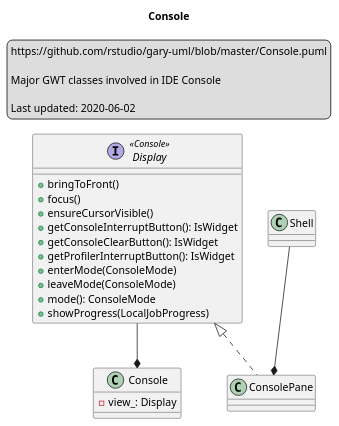
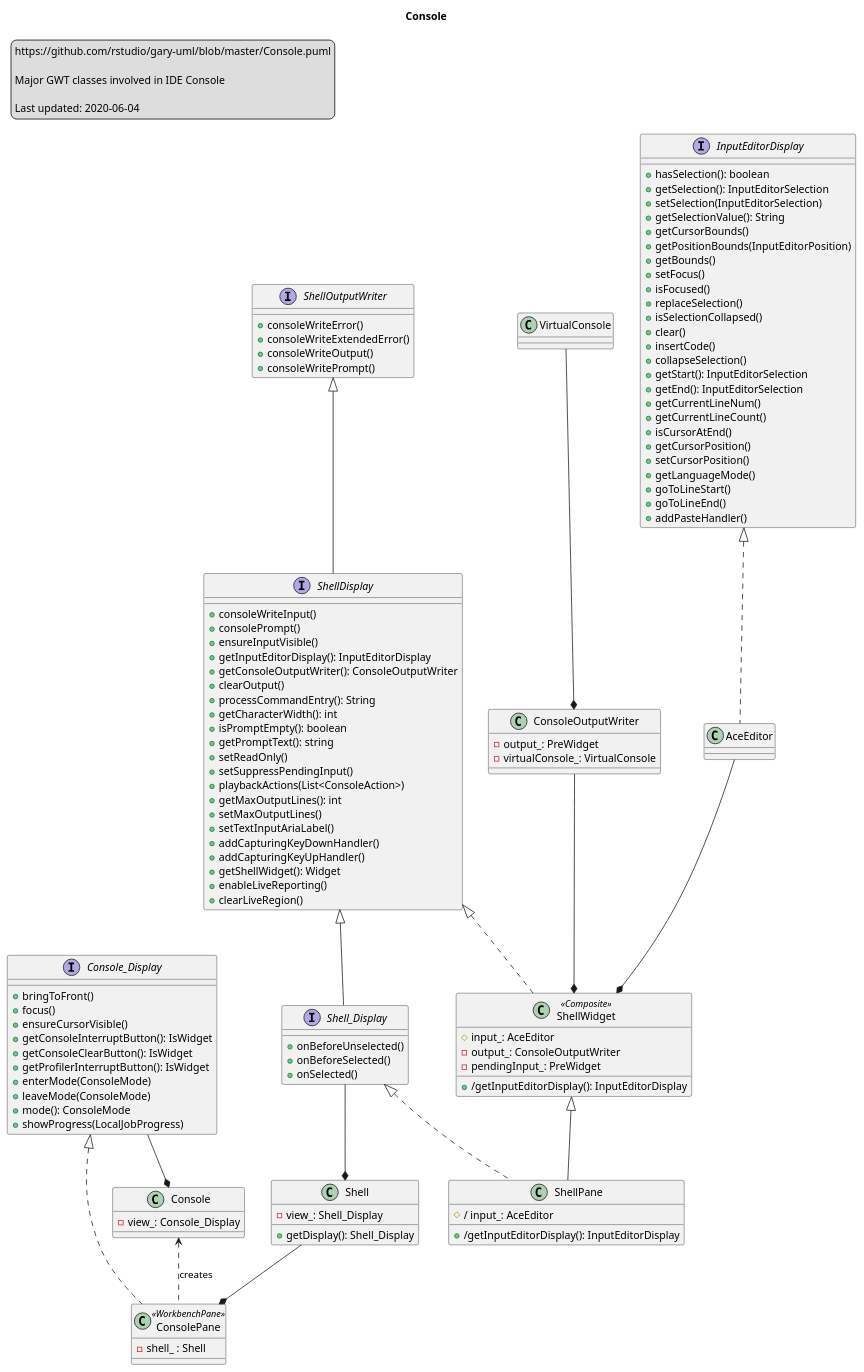
One commit to isabella232/gary-uml changed the diagram in Console.puml. Above: the diagram before and after it, drawn with PlantUML. The commit also changed 6 other files, not shown here.

```diff
--- a/Console.puml
+++ b/Console.puml
@@ -1,36 +1,145 @@
 @startuml
 title Console
 
 legend top left
 https://github.com/rstudio/gary-uml/blob/master/Console.puml
 
 Major GWT classes involved in IDE Console
 
-Last updated: 2020-06-02
+Last updated: 2020-06-04
 endlegend
 
-interface Display <<Console>> {
+interface Console_Display {
     + bringToFront()
     + focus()
     + ensureCursorVisible()
     + getConsoleInterruptButton(): IsWidget
     + getConsoleClearButton(): IsWidget
     + getProfilerInterruptButton(): IsWidget
     + enterMode(ConsoleMode)
     + leaveMode(ConsoleMode)
     + mode(): ConsoleMode
     + showProgress(LocalJobProgress)
 }
 
-class Console {
-    - view_: Display
+interface ShellOutputWriter {
+    + consoleWriteError()
+    + consoleWriteExtendedError()
+    + consoleWriteOutput()
+    + consoleWritePrompt()
 }
 
-class ConsolePane
-Display <|.. ConsolePane
-class Shell
+interface InputEditorDisplay {
+   + hasSelection(): boolean
+   + getSelection(): InputEditorSelection
+   + setSelection(InputEditorSelection)
+   + getSelectionValue(): String
+   + getCursorBounds()
+   + getPositionBounds(InputEditorPosition)
+   + getBounds()
+   + setFocus()
+   + isFocused()
+   + replaceSelection()
+   + isSelectionCollapsed()
+   + clear()
+   + insertCode()
+   + collapseSelection()
+   + getStart(): InputEditorSelection
+   + getEnd(): InputEditorSelection
+   + getCurrentLineNum()
+   + getCurrentLineCount()
+   + isCursorAtEnd()
+   + getCursorPosition()
+   + setCursorPosition()
+   + getLanguageMode()
+   + goToLineStart()
+   + goToLineEnd()
+   + addPasteHandler()
+}
+
+class VirtualConsole {
+}
+
+class ConsoleOutputWriter {
+   - output_: PreWidget
+   - virtualConsole_: VirtualConsole
+}
+VirtualConsole --* ConsoleOutputWriter
+
+interface ShellDisplay {
+   + consoleWriteInput()
+   + consolePrompt()
+   + ensureInputVisible()
+   + getInputEditorDisplay(): InputEditorDisplay
+   + getConsoleOutputWriter(): ConsoleOutputWriter
+   + clearOutput()
+   + processCommandEntry(): String
+   + getCharacterWidth(): int
+   + isPromptEmpty(): boolean
+   + getPromptText(): string
+   + setReadOnly()
+   + setSuppressPendingInput()
+   + playbackActions(List<ConsoleAction>)
+   + getMaxOutputLines(): int
+   + setMaxOutputLines()
+   + setTextInputAriaLabel()
+   + addCapturingKeyDownHandler()
+   + addCapturingKeyUpHandler()
+   + getShellWidget(): Widget
+   + enableLiveReporting()
+   + clearLiveRegion()
+}
+
+ShellOutputWriter <|-- ShellDisplay
+
+class Console {
+    - view_: Console_Display
+}
+
+class ConsolePane << WorkbenchPane >> {
+    - shell_ : Shell
+}
+
+Console_Display <|.. ConsolePane
+
+class Shell {
+    - view_: Shell_Display
+    + getDisplay(): Shell_Display
+}
+
+interface Shell_Display {
+    + onBeforeUnselected()
+    + onBeforeSelected()
+    + onSelected()
+}
 
 Shell --* ConsolePane
-Display --* Console
+Console_Display --* Console
+
+class ShellWidget << Composite >> {
+    # input_: AceEditor
+    - output_: ConsoleOutputWriter
+    - pendingInput_: PreWidget
+    + /getInputEditorDisplay(): InputEditorDisplay
+}
+
+ShellDisplay <|.. ShellWidget
+
+class ShellPane {
+    # / input_: AceEditor
+    + /getInputEditorDisplay(): InputEditorDisplay
+}
+
+ShellWidget <|-- ShellPane
+Shell_Display <|.. ShellPane
+ShellDisplay <|-- Shell_Display
+Shell_Display --* Shell
+class AceEditor
+InputEditorDisplay <|.. AceEditor
+
+AceEditor --* ShellWidget
+ConsoleOutputWriter --* ShellWidget
+Console <.. ConsolePane : creates
+
 
 @enduml
```
